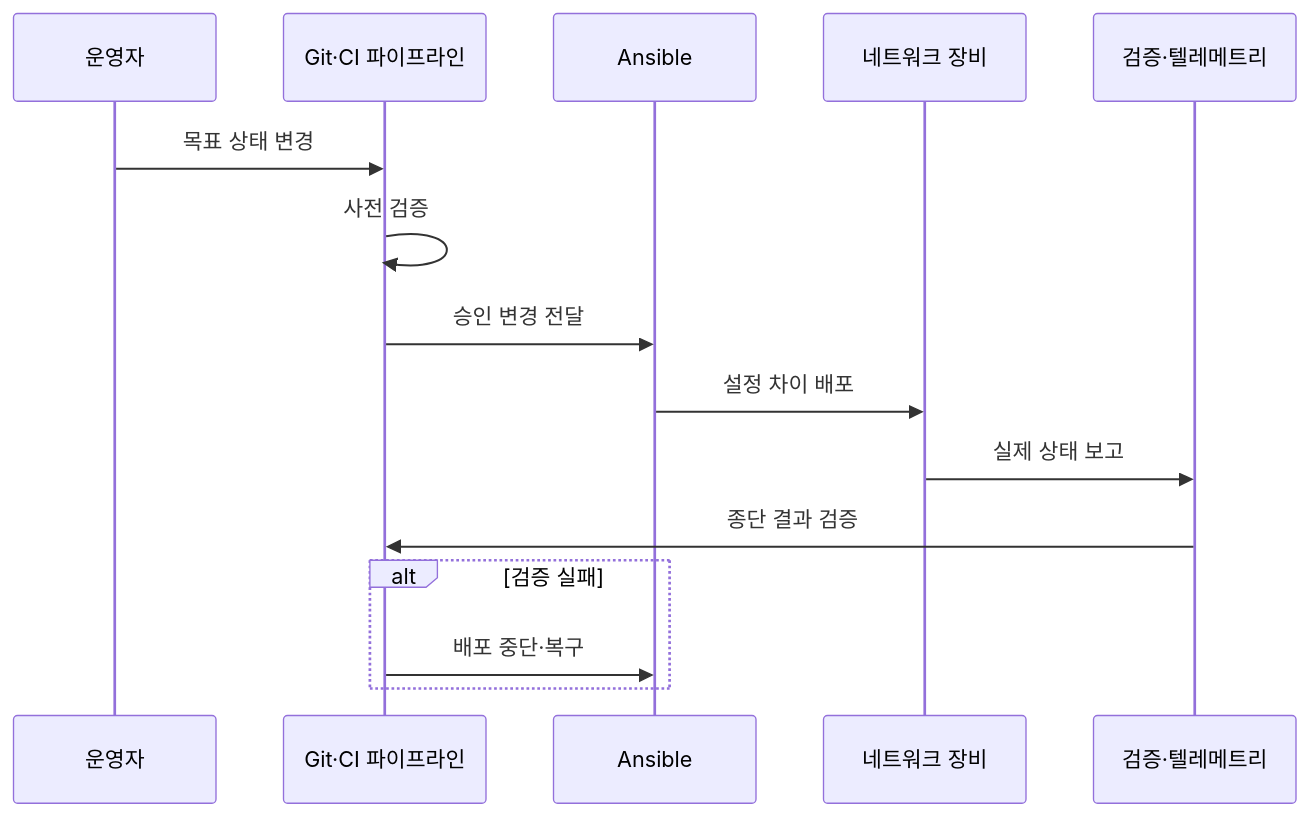
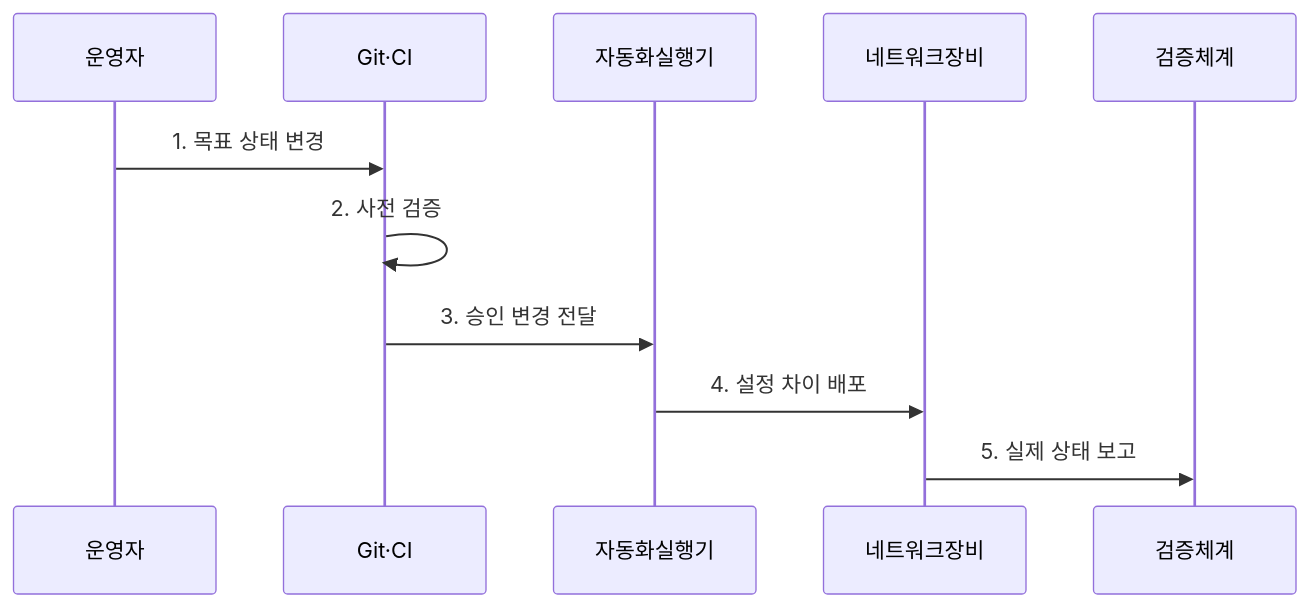
The second of 2 diagrams in src/content/docs/notes/04-network/061_network_automation.md (agnusdei1207/knowledge-base), drawn with Mermaid before and after one commit. The commit also changed other lines of this file and 20 other files, not shown here.

````diff
--- a/src/content/docs/notes/04-network/061_network_automation.md
+++ b/src/content/docs/notes/04-network/061_network_automation.md
@@ -98,17 +89,13 @@
 ```mermaid
 sequenceDiagram
-    participant O as 운영자
-    participant P as Git·CI 파이프라인
-    participant A as Ansible
-    participant D as 네트워크 장비
-    participant V as 검증·텔레메트리
-    O->>P: 목표 상태 변경
-    P->>P: 사전 검증
-    P->>A: 승인 변경 전달
-    A->>D: 설정 차이 배포
-    D->>V: 실제 상태 보고
-    V->>P: 종단 결과 검증
-    alt 검증 실패
-        P->>A: 배포 중단·복구
-    end
+    participant 운영자
+    participant Git·CI
+    participant 자동화실행기
+    participant 네트워크장비
+    participant 검증체계
+    운영자->>Git·CI: 1. 목표 상태 변경
+    Git·CI->>Git·CI: 2. 사전 검증
+    Git·CI->>자동화실행기: 3. 승인 변경 전달
+    자동화실행기->>네트워크장비: 4. 설정 차이 배포
+    네트워크장비->>검증체계: 5. 실제 상태 보고
 ```
````
